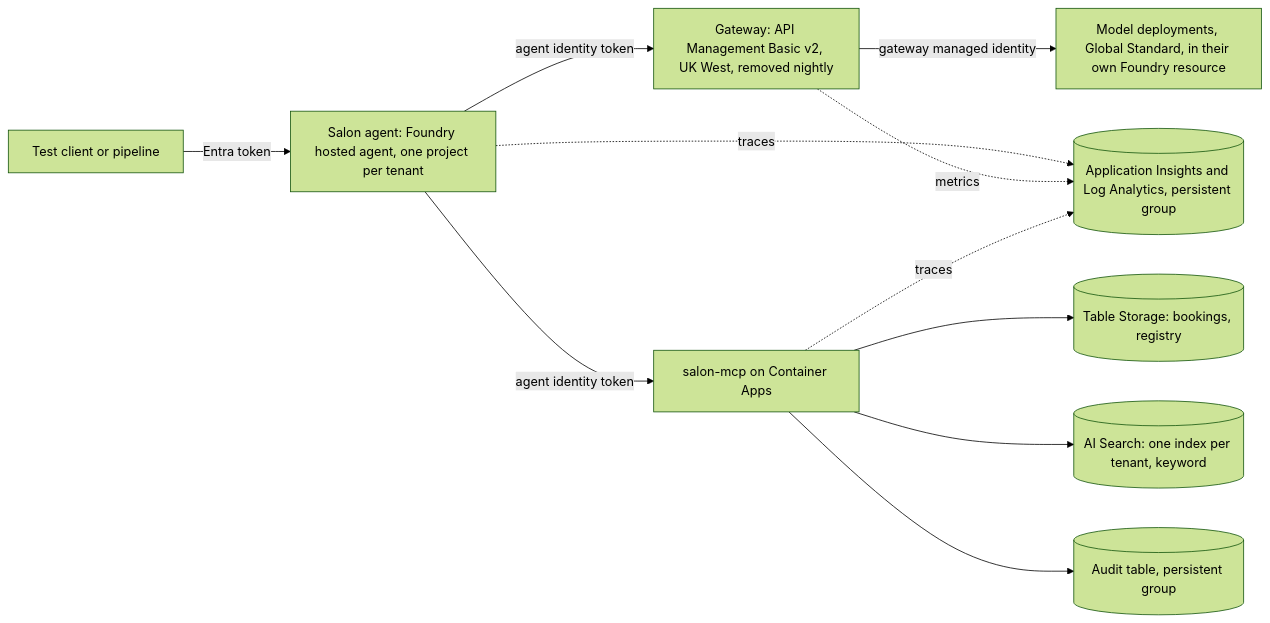
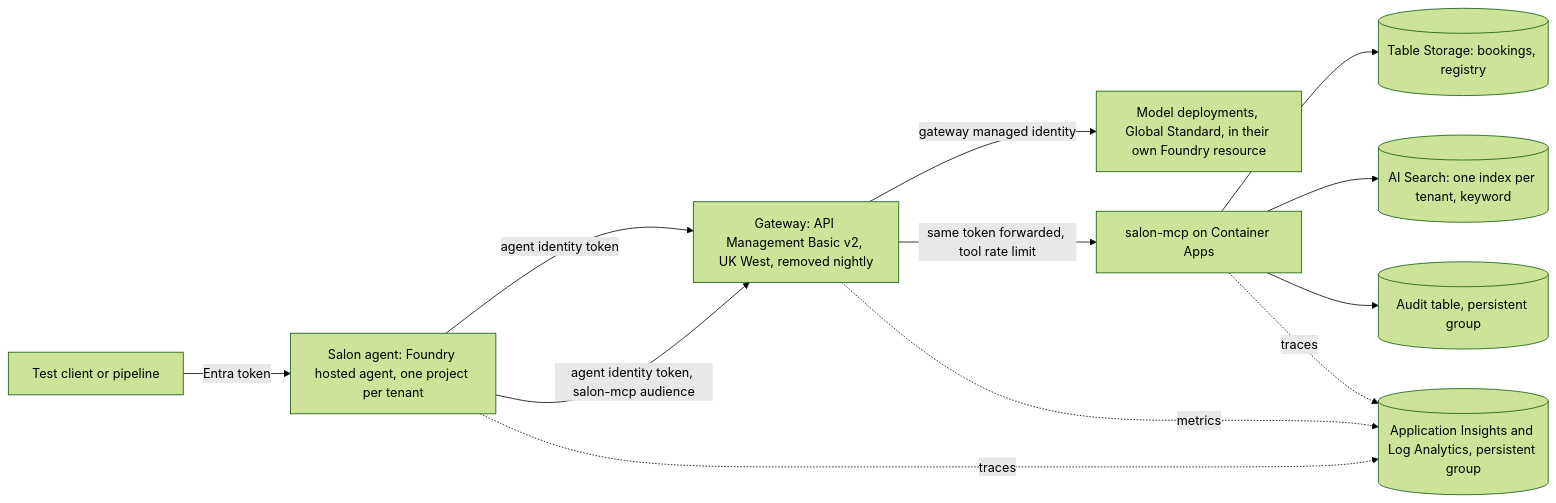
One commit to ranaidrees/MultiTenantAgentFactory changed the second of 7 diagrams in docs/spec-phase-0-1.md. Above: the diagram before and after it, drawn with Mermaid (forest theme). The commit also changed other lines of this file and 1 other file, not shown here.

First line of the commit message:
Spec for Phases 0 and 1: revised for D71, the gateway fronts salon-mcp

````diff
--- a/docs/spec-phase-0-1.md
+++ b/docs/spec-phase-0-1.md
@@ -196,13 +204,14 @@
 ```mermaid
 flowchart LR
   caller[Test client or pipeline] -->|Entra token| agent[Salon agent: Foundry hosted agent, one project per tenant]
   agent -->|agent identity token| gw[Gateway: API Management Basic v2, UK West, removed nightly]
   gw -->|gateway managed identity| models[Model deployments, Global Standard, in their own Foundry resource]
-  agent -->|agent identity token| mcp[salon-mcp on Container Apps]
+  agent -->|agent identity token, salon-mcp audience| gw
+  gw -->|same token forwarded, tool rate limit| mcp[salon-mcp on Container Apps]
   mcp --> tables[(Table Storage: bookings, registry)]
   mcp --> search[(AI Search: one index per tenant, keyword)]
   mcp --> audit[(Audit table, persistent group)]
   agent -. traces .-> logs[(Application Insights and Log Analytics, persistent group)]
   gw -. metrics .-> logs
   mcp -. traces .-> logs
 ```
````
